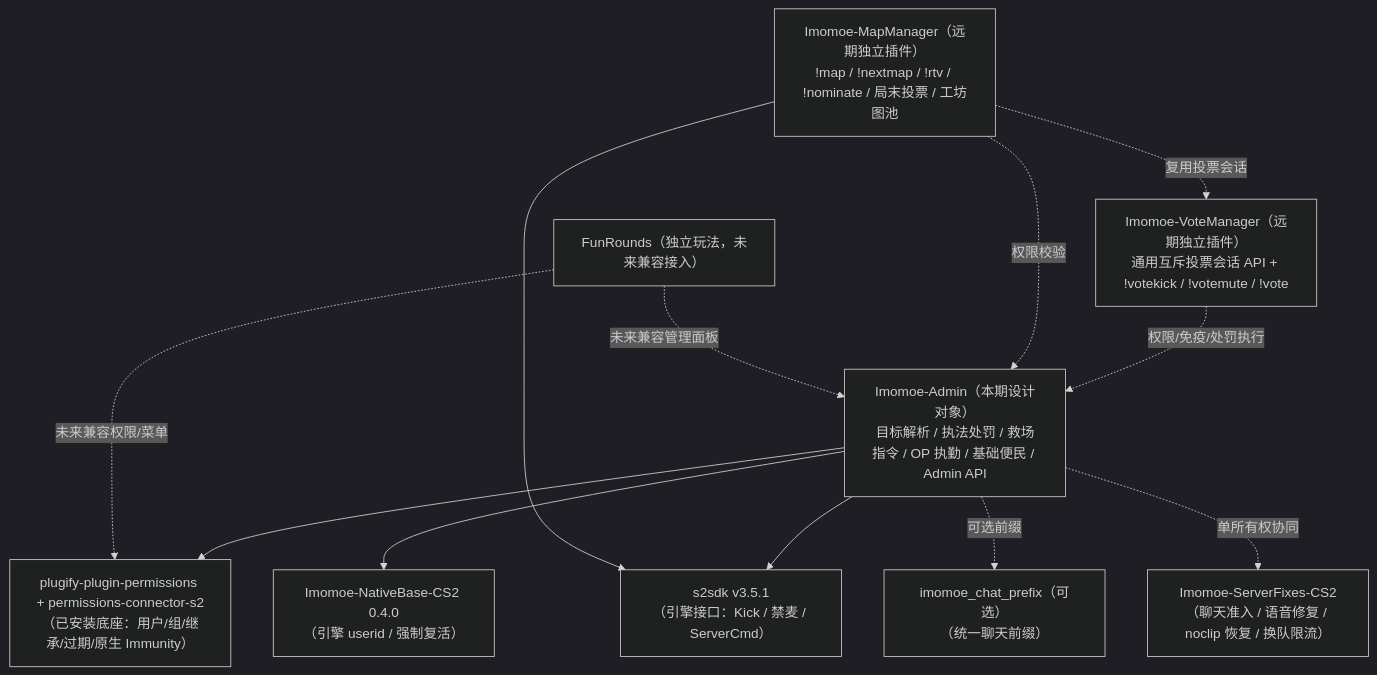
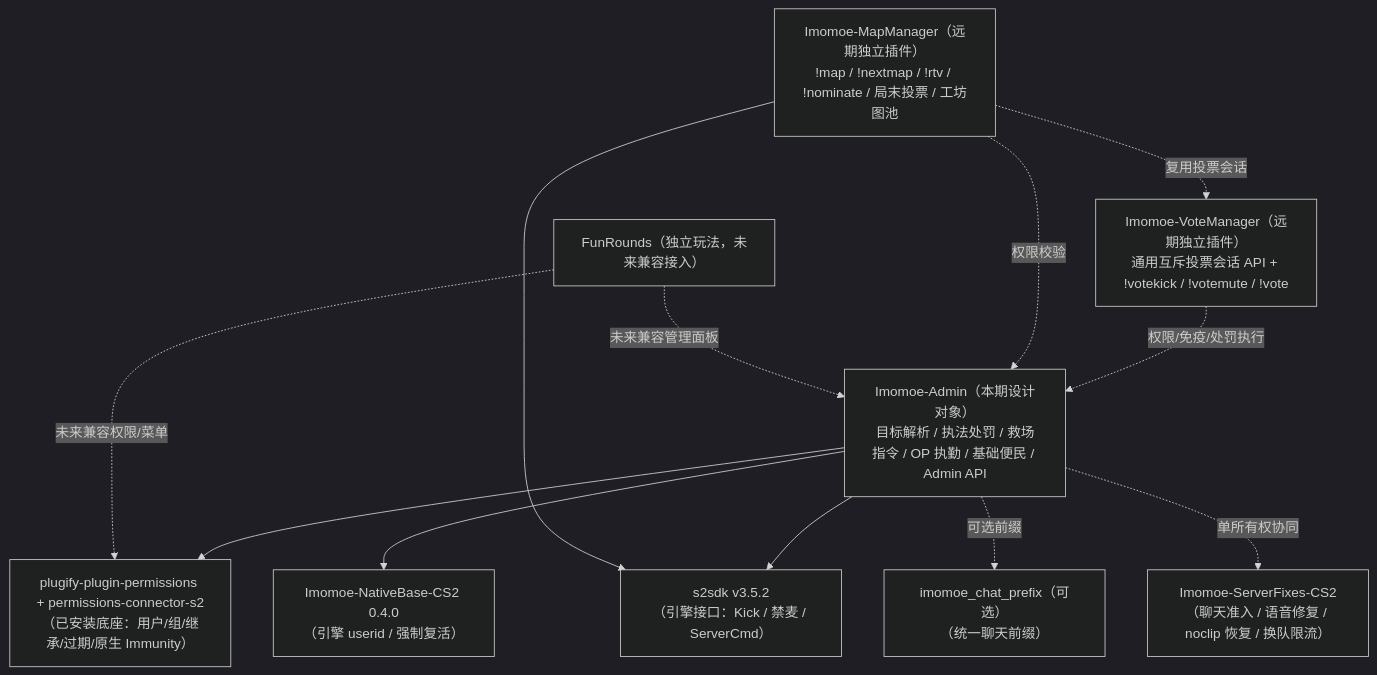
One commit to Imomoe-Community/Imomoe-Admin changed the diagram in docs/SPEC.md. Above: the diagram before and after it, drawn with Mermaid (dark theme). The commit also changed other lines of this file and 10 other files, not shown here.

````diff
--- a/docs/SPEC.md
+++ b/docs/SPEC.md
@@ -19,26 +19,26 @@
 ```mermaid
 flowchart TD
     Perms["plugify-plugin-permissions + permissions-connector-s2<br/>（已安装底座：用户/组/继承/过期/原生 Immunity）"]
-    S2SDK["s2sdk v3.5.1<br/>（引擎接口：Kick / 禁麦 / ServerCmd）"]
+    S2SDK["s2sdk v3.5.2<br/>（引擎接口：Kick / 禁麦 / ServerCmd）"]
     NativeBase["Imomoe-NativeBase-CS2 0.4.0<br/>（引擎 userid / 强制复活）"]
     Fixes["Imomoe-ServerFixes-CS2<br/>（聊天准入 / 语音修复 / noclip 恢复 / 换队限流）"]
     Prefix["imomoe_chat_prefix（可选）<br/>（统一聊天前缀）"]
 
     Admin["Imomoe-Admin（本期设计对象）<br/>目标解析 / 执法处罚 / 救场指令 / OP 执勤 / 基础便民 / Admin API"]
     MapMgr["Imomoe-MapManager（远期独立插件）<br/>!map / !nextmap / !rtv / !nominate / 局末投票 / 工坊图池"]
     VoteMgr["Imomoe-VoteManager（远期独立插件）<br/>通用互斥投票会话 API + !votekick / !votemute / !vote"]
     FunRounds["FunRounds（独立玩法，未来兼容接入）"]
 
     Admin --> Perms
     Admin --> S2SDK
     Admin --> NativeBase
     Admin -.可选前缀.-> Prefix
     Admin -.单所有权协同.-> Fixes
 
     VoteMgr -.权限/免疫/处罚执行.-> Admin
     MapMgr -.权限校验.-> Admin
     MapMgr -.复用投票会话.-> VoteMgr
     MapMgr --> S2SDK
     FunRounds -.未来兼容权限/菜单.-> Perms
     FunRounds -.未来兼容管理面板.-> Admin
 ```
````
